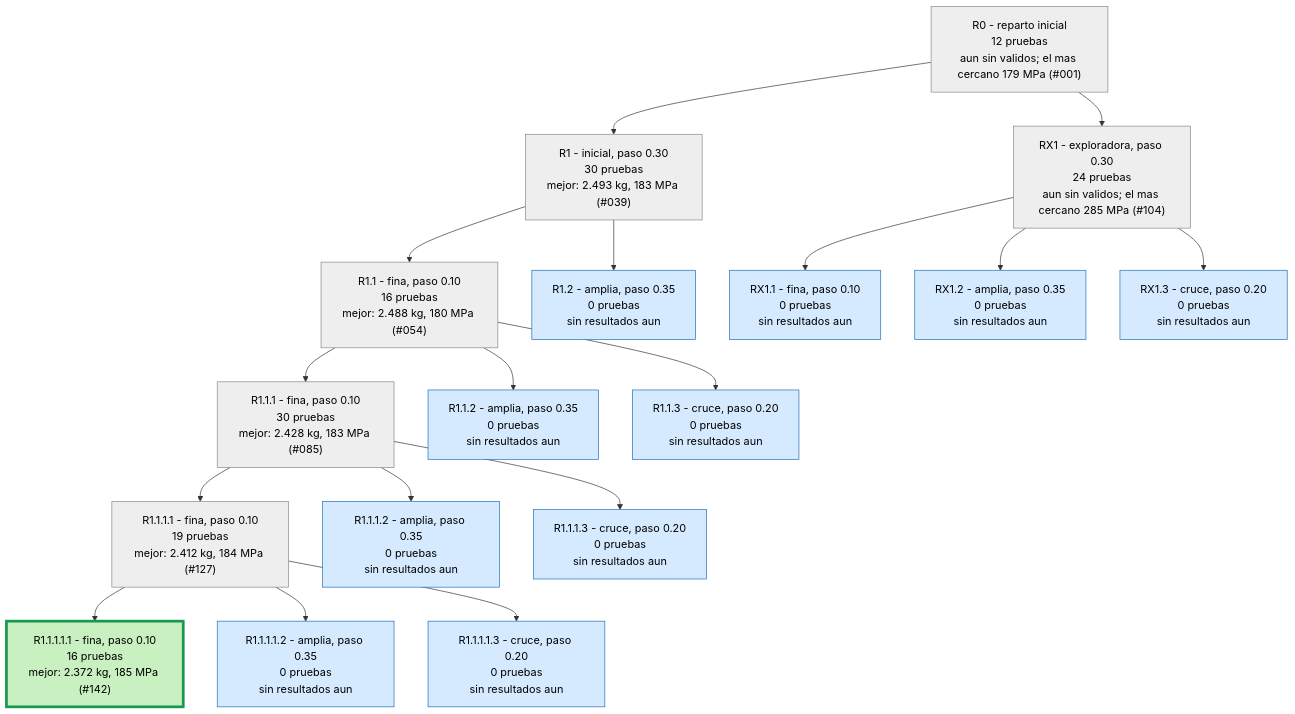
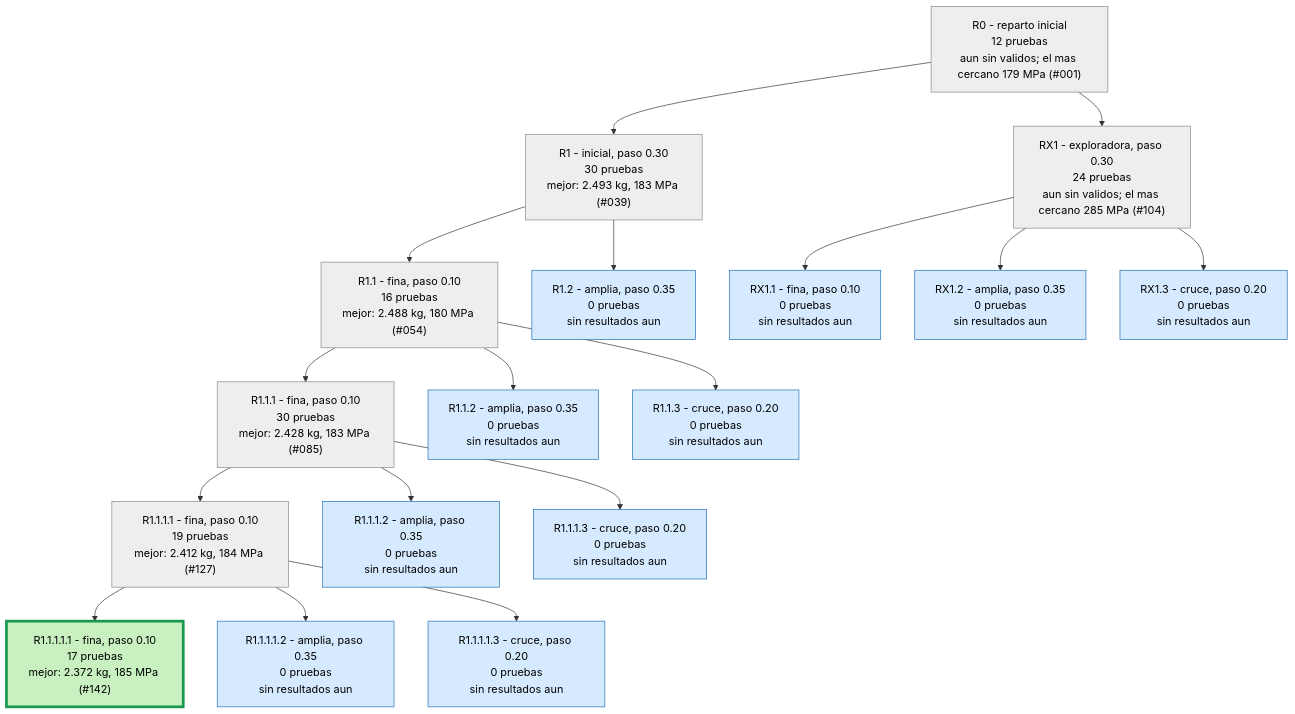
Before and after one commit to Hugiko/msd-soporte-optimizacion: the second of 3 diagrams in runs/opt_37800N/ARBOL.md, drawn with Mermaid. The commit also changed 14 other files, not shown here.

````diff
--- a/runs/opt_37800N/ARBOL.md
+++ b/runs/opt_37800N/ARBOL.md
@@ -29,39 +29,39 @@
 ```mermaid
 graph TD
 classDef activa fill:#d6eaff,stroke:#1f6fb5,color:#000
 classDef fin fill:#eeeeee,stroke:#888,color:#000
 classDef mejor fill:#c8f0c0,stroke:#1a9850,stroke-width:4px,color:#000
 R0["R0 - reparto inicial<br/>12 pruebas<br/>aun sin validos; el mas cercano 179 MPa (#001)"]:::fin
 R1["R1 - inicial, paso 0.30<br/>30 pruebas<br/>mejor: 2.493 kg, 183 MPa (#039)"]:::fin
 R0 --> R1
 R1_1["R1.1 - fina, paso 0.10<br/>16 pruebas<br/>mejor: 2.488 kg, 180 MPa (#054)"]:::fin
 R1 --> R1_1
 R1_2["R1.2 - amplia, paso 0.35<br/>0 pruebas<br/>sin resultados aun"]:::activa
 R1 --> R1_2
 R1_1_1["R1.1.1 - fina, paso 0.10<br/>30 pruebas<br/>mejor: 2.428 kg, 183 MPa (#085)"]:::fin
 R1_1 --> R1_1_1
 R1_1_2["R1.1.2 - amplia, paso 0.35<br/>0 pruebas<br/>sin resultados aun"]:::activa
 R1_1 --> R1_1_2
 R1_1_3["R1.1.3 - cruce, paso 0.20<br/>0 pruebas<br/>sin resultados aun"]:::activa
 R1_1 --> R1_1_3
 R1_1_1_1["R1.1.1.1 - fina, paso 0.10<br/>19 pruebas<br/>mejor: 2.412 kg, 184 MPa (#127)"]:::fin
 R1_1_1 --> R1_1_1_1
 R1_1_1_2["R1.1.1.2 - amplia, paso 0.35<br/>0 pruebas<br/>sin resultados aun"]:::activa
 R1_1_1 --> R1_1_1_2
 R1_1_1_3["R1.1.1.3 - cruce, paso 0.20<br/>0 pruebas<br/>sin resultados aun"]:::activa
 R1_1_1 --> R1_1_1_3
 RX1["RX1 - exploradora, paso 0.30<br/>24 pruebas<br/>aun sin validos; el mas cercano 285 MPa (#104)"]:::fin
 R0 --> RX1
 RX1_1["RX1.1 - fina, paso 0.10<br/>0 pruebas<br/>sin resultados aun"]:::activa
 RX1 --> RX1_1
 RX1_2["RX1.2 - amplia, paso 0.35<br/>0 pruebas<br/>sin resultados aun"]:::activa
 RX1 --> RX1_2
 RX1_3["RX1.3 - cruce, paso 0.20<br/>0 pruebas<br/>sin resultados aun"]:::activa
 RX1 --> RX1_3
-R1_1_1_1_1["R1.1.1.1.1 - fina, paso 0.10<br/>16 pruebas<br/>mejor: 2.372 kg, 185 MPa (#142)"]:::mejor
+R1_1_1_1_1["R1.1.1.1.1 - fina, paso 0.10<br/>17 pruebas<br/>mejor: 2.372 kg, 185 MPa (#142)"]:::mejor
 R1_1_1_1 --> R1_1_1_1_1
 R1_1_1_1_2["R1.1.1.1.2 - amplia, paso 0.35<br/>0 pruebas<br/>sin resultados aun"]:::activa
 R1_1_1_1 --> R1_1_1_1_2
 R1_1_1_1_3["R1.1.1.1.3 - cruce, paso 0.20<br/>0 pruebas<br/>sin resultados aun"]:::activa
 R1_1_1_1 --> R1_1_1_1_3
 ```
````
